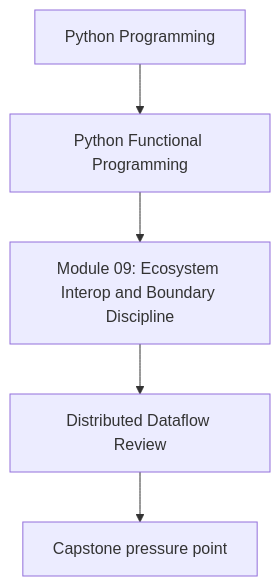
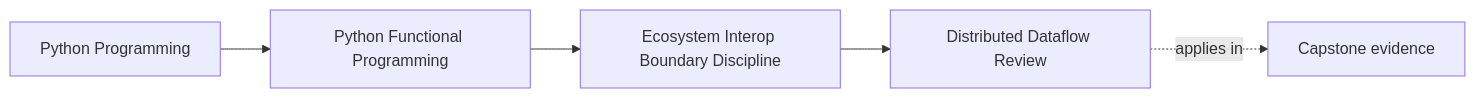
One commit to bijux/bijux-masterclass changed the first of 2 diagrams in programs/python-programming/python-functional-programming/course-book/module-09-ecosystem-interop-boundary-discipline/distributed-dataflow-review.md. Above: the diagram before and after it, drawn with Mermaid. The commit also changed other lines of this file and 108 other files, not shown here.

Commit message:
docs(python-functional-programming): map capstone and advanced design surfaces

````diff
--- a/programs/python-programming/python-functional-programming/course-book/module-09-ecosystem-interop-boundary-discipline/distributed-dataflow-review.md
+++ b/programs/python-programming/python-functional-programming/course-book/module-09-ecosystem-interop-boundary-discipline/distributed-dataflow-review.md
@@ -7,7 +7,11 @@
 ```mermaid
-flowchart TD
-  family["Python Programming"] --> program["Python Functional Programming"]
-  program --> module["Module 09: Ecosystem Interop and Boundary Discipline"]
-  module --> concept["Distributed Dataflow Review"]
-  concept --> capstone["Capstone pressure point"]
+graph LR
+  family["Python Programming"]
+  program["Python Functional Programming"]
+  section["Ecosystem Interop Boundary Discipline"]
+  page["Distributed Dataflow Review"]
+  capstone["Capstone evidence"]
+
+  family --> program --> section --> page
+  page -.applies in.-> capstone
 ```
````
